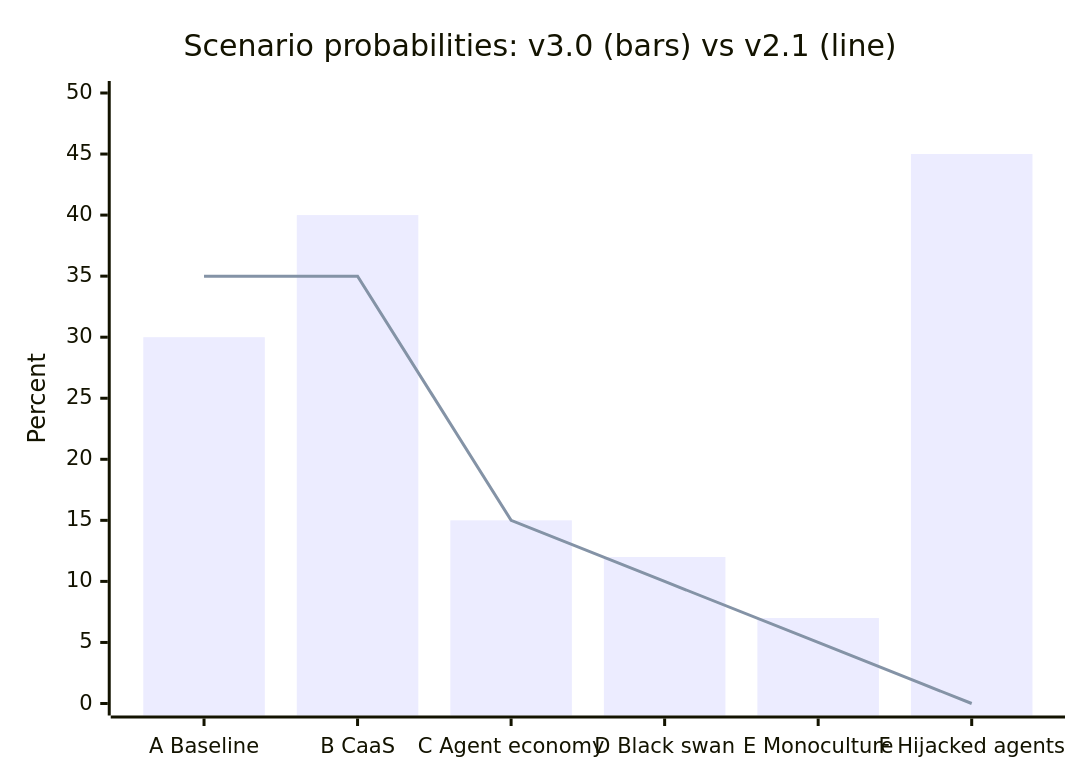
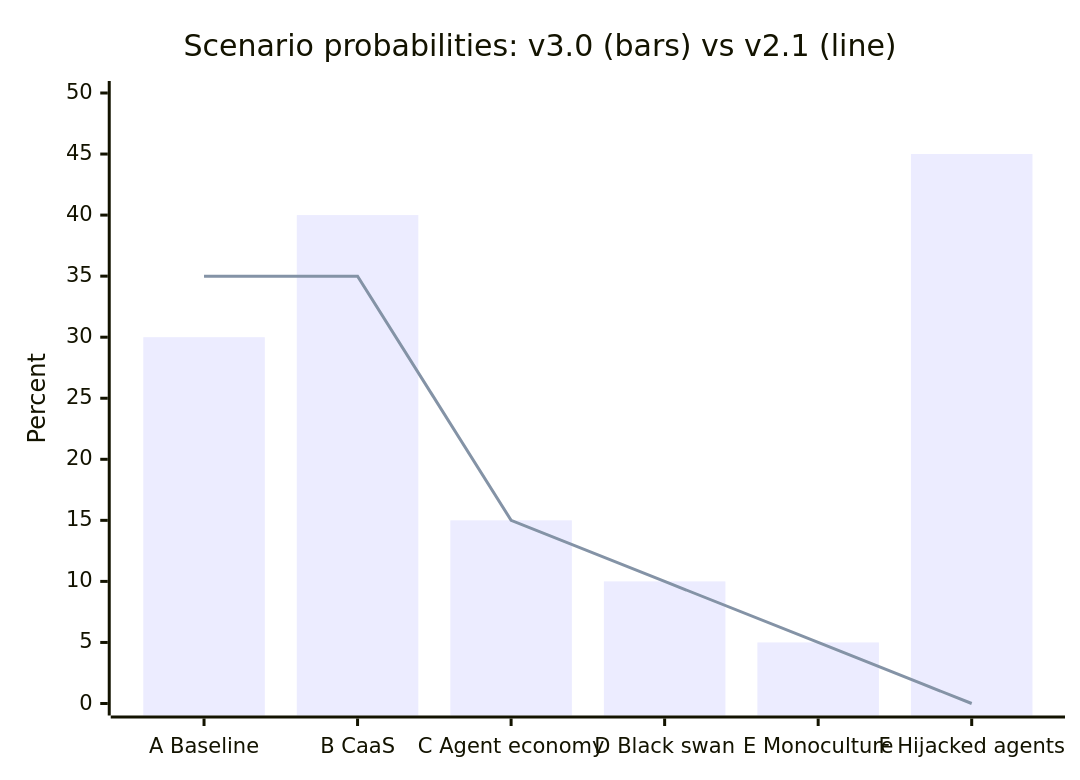
Before and after one commit to AndrewAltimit/template-repo: the fifth of 6 diagrams in docs/projections/ai-agents-financial-integrity.md, drawn with Mermaid. The commit also changed other lines of this file and 94 other files, not shown here.

````diff
--- a/docs/projections/ai-agents-financial-integrity.md
+++ b/docs/projections/ai-agents-financial-integrity.md
@@ -1654,8 +1648,8 @@
 ```mermaid
 xychart-beta
     title "Scenario probabilities: v3.0 (bars) vs v2.1 (line)"
     x-axis ["A Baseline", "B CaaS", "C Agent economy", "D Black swan", "E Monoculture", "F Hijacked agents"]
     y-axis "Percent" 0 --> 50
-    bar [30, 40, 15, 12, 7, 45]
+    bar [30, 40, 15, 10, 5, 45]
     line [35, 35, 15, 10, 5, 0]
 ```
````
